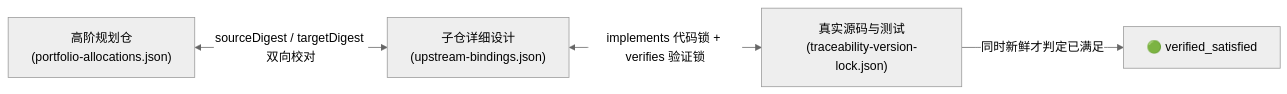
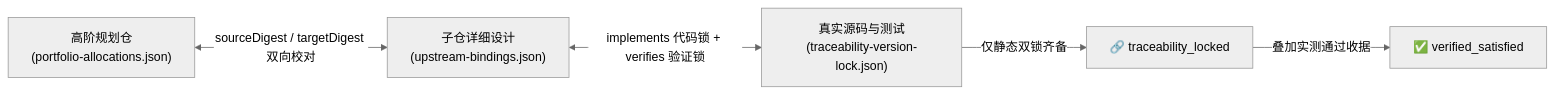
The second of 2 diagrams in USER-GUIDE.md (ifoohoo/skill-family-studio), drawn with Mermaid (neutral theme) before and after one commit. The commit also changed other lines of this file and 14 other files, not shown here.

Commit message:
chore(release): 同步 39 个 Studio 公开投影文件并更新技能与对齐视图

````diff
--- a/USER-GUIDE.md
+++ b/USER-GUIDE.md
@@ -120,6 +120,7 @@
 ```mermaid
 flowchart LR
   P["高阶规划仓<br/>(portfolio-allocations.json)"] <-->|"sourceDigest / targetDigest 双向校对"| S["子仓详细设计<br/>(upstream-bindings.json)"]
   S <-->|"implements 代码锁 + verifies 验证锁"| C["真实源码与测试<br/>(traceability-version-lock.json)"]
-  C -->|"同时新鲜才判定已满足"| V["🟢 verified_satisfied"]
+  C -->|"仅静态双锁齐备"| T["🔗 traceability_locked"]
+  T -->|"叠加实测通过收据"| V["✅ verified_satisfied"]
 ```
````
